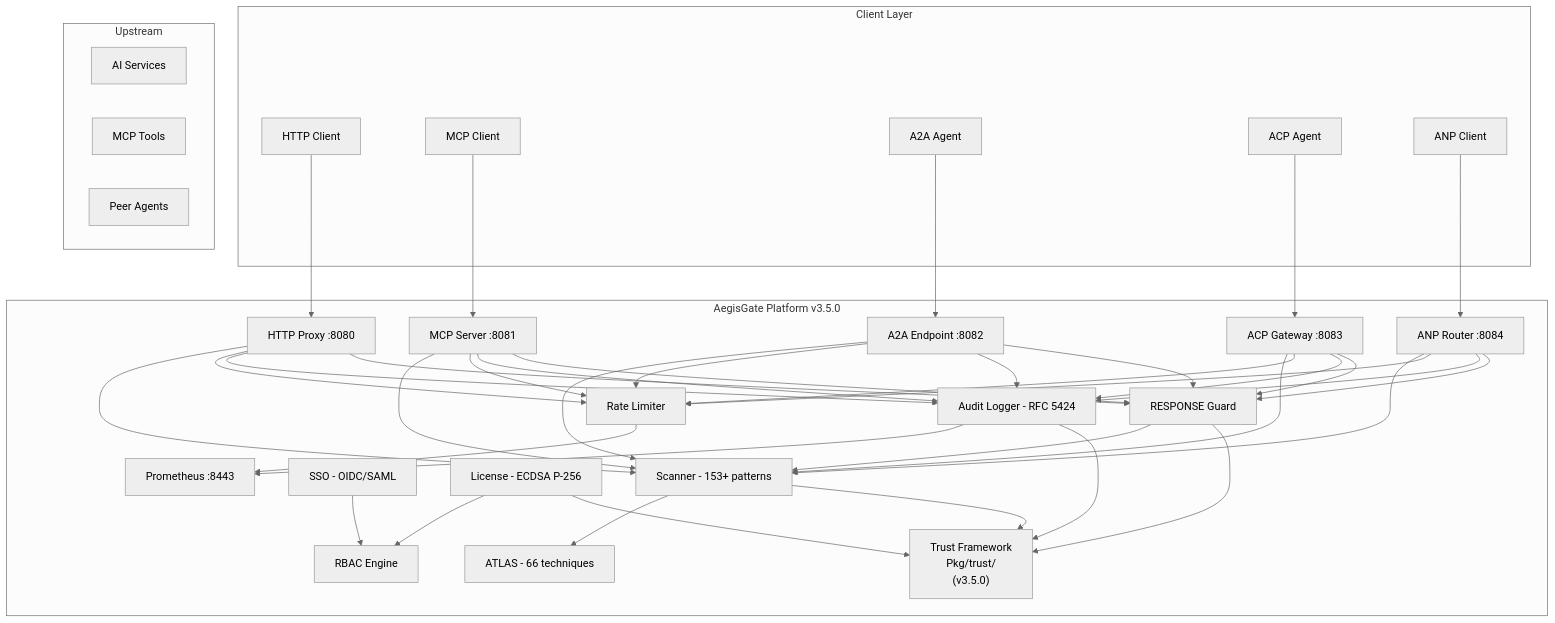
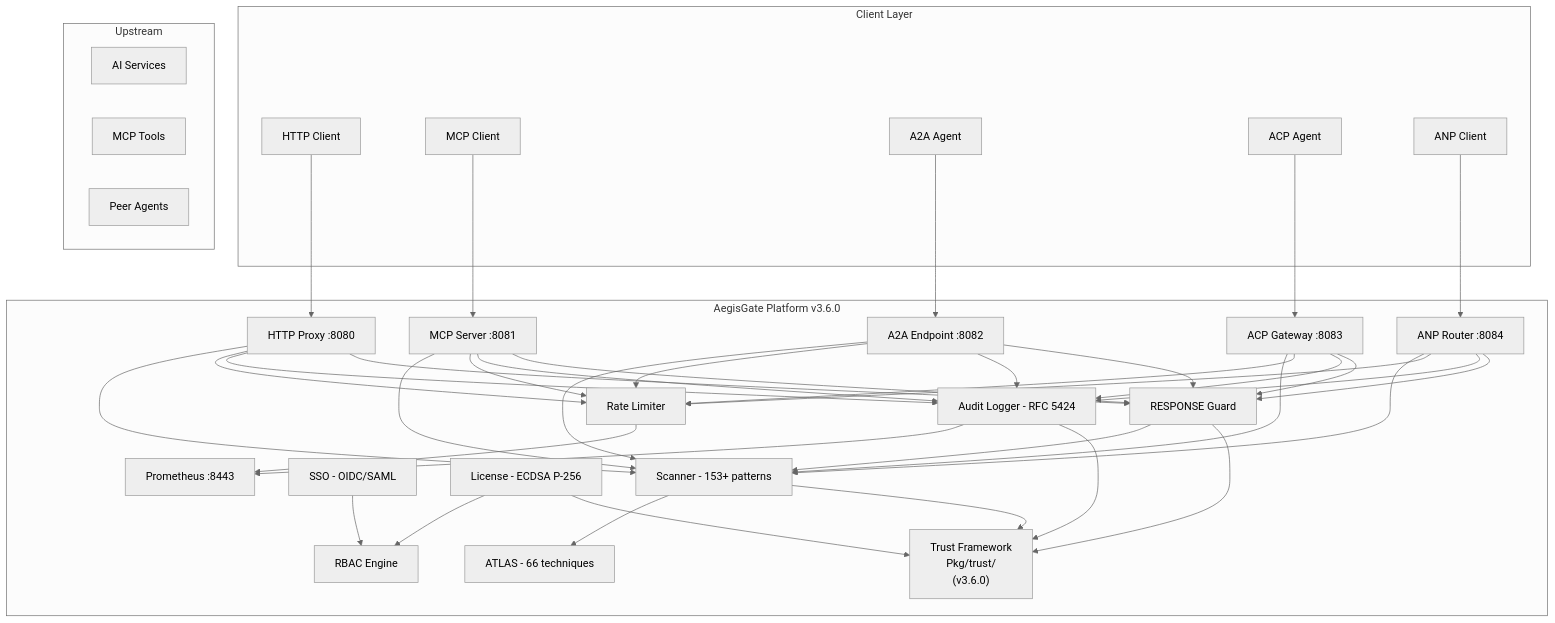
One commit to aegisgatesecurity/aegisgate-site changed the diagram in content/tech.md. Above: the diagram before and after it, drawn with Mermaid (neutral theme). The commit also changed other lines of this file and 16 other files, not shown here.

```diff
--- a/content/tech.md
+++ b/content/tech.md
@@ -11,61 +11,61 @@
 {{< mermaid >}}
 flowchart TB
     subgraph Client["Client Layer"]
         A["HTTP Client"]
         B["MCP Client"]
         C["A2A Agent"]
         D["ACP Agent"]
         E["ANP Client"]
     end
 
-    subgraph AegisGate["AegisGate Platform v3.5.0"]
+    subgraph AegisGate["AegisGate Platform v3.6.0"]
         G["HTTP Proxy :8080"]
         H["MCP Server :8081"]
         I["A2A Endpoint :8082"]
         J["ACP Gateway :8083"]
         K["ANP Router :8084"]
         L["RESPONSE Guard"]
-        TR["Trust Framework\nPkg/trust/\n(v3.5.0)"]
+        TR["Trust Framework\nPkg/trust/\n(v3.6.0)"]
 
         M["Scanner - 153+ patterns"]
         N["ATLAS - 66 techniques"]
         O["Rate Limiter"]
         P["Audit Logger - RFC 5424"]
 
         Q["SSO - OIDC/SAML"]
         R["RBAC Engine"]
         S["License - ECDSA P-256"]
 
         T["Prometheus :8443"]
     end
 
     subgraph Upstream["Upstream"]
         U["AI Services"]
         V["MCP Tools"]
         W["Peer Agents"]
     end
 
     A --> G
     B --> H
     C --> I
     D --> J
     E --> K
 
     G --> M & O & P & L
     H --> M & O & P & L
     I --> M & O & P & L
     J --> M & O & P & L
     K --> M & O & P & L
 
     M --> N
     L --> M
     O --> T
     P --> T
     Q --> R
     S --> R
 
     M --> TR
     L --> TR
     P --> TR
     S --> TR
 {{< /mermaid >}}
```
